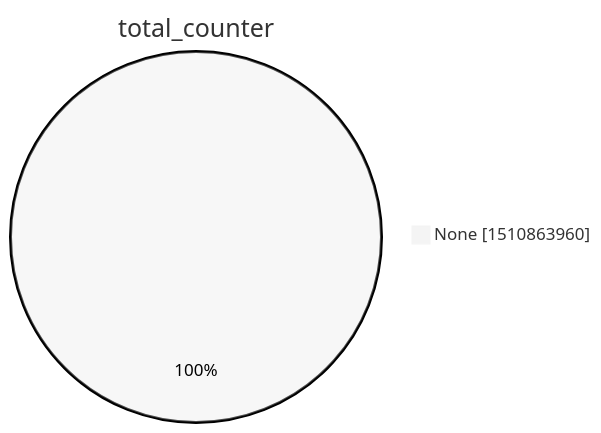
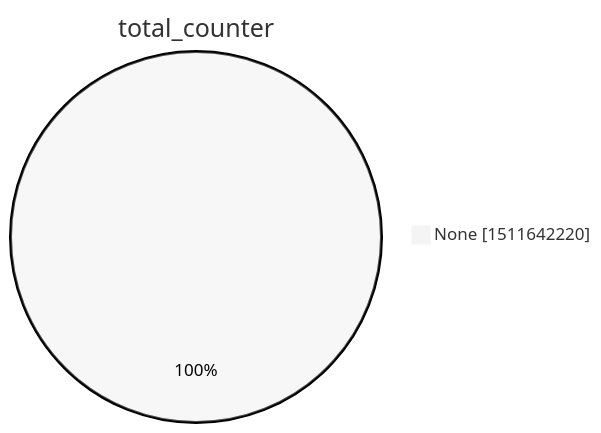
Before and after one commit to christiankrug/ctmonitor_visualization: the second of 15 diagrams in xenon2022/README.md, drawn with Mermaid (neutral theme). The commit also changed other lines of this file, not shown here.

````diff
--- a/xenon2022/README.md
+++ b/xenon2022/README.md
@@ -9,5 +9,5 @@
 ```mermaid
 pie showData
 title total_counter
-"None" :1510863960
+"None" :1511642220
 ```
````
